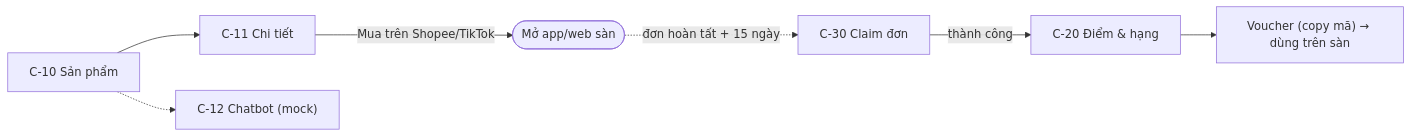
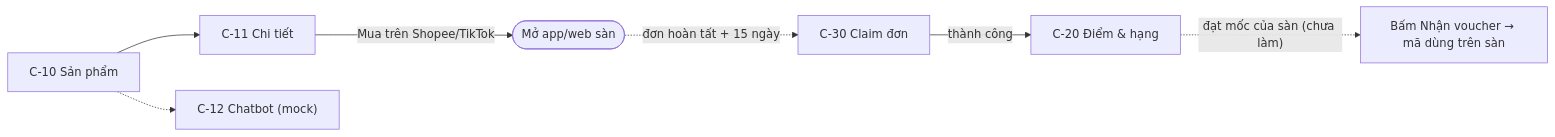
One commit to Smart-Omni/SmartOmni_Mobile changed the second of 4 diagrams in docs/USER_FLOWS.md. Above: the diagram before and after it, drawn with Mermaid. The commit also changed other lines of this file and 39 other files, not shown here.

````diff
--- a/docs/USER_FLOWS.md
+++ b/docs/USER_FLOWS.md
@@ -96,9 +96,9 @@
 ```mermaid
 flowchart LR
     Shop["C-10 Sản phẩm"] --> Detail["C-11 Chi tiết"]
     Detail -->|Mua trên Shopee/TikTok| Ext(["Mở app/web sàn"])
     Shop -.-> Chat["C-12 Chatbot (mock)"]
     Ext -. "đơn hoàn tất + 15 ngày" .-> Claim["C-30 Claim đơn"]
     Claim -->|thành công| Points["C-20 Điểm & hạng"]
-    Points --> Voucher["Voucher (copy mã) → dùng trên sàn"]
+    Points -. "đạt mốc của sàn (chưa làm)" .-> Voucher["Bấm Nhận voucher → mã dùng trên sàn"]
 ```
````
